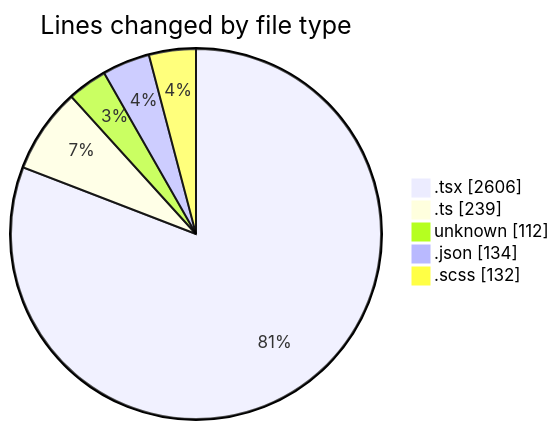
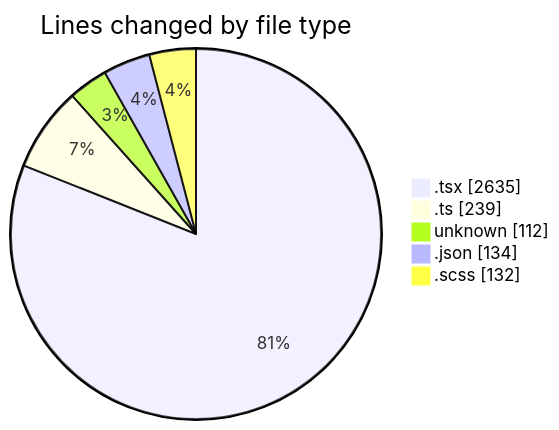
Before and after one commit to momahboobian/code-tracking: the first of 2 diagrams in 2026-04-28/cda/README.md, drawn with Mermaid. The commit also changed other lines of this file and 1 other file, not shown here.

````diff
--- a/2026-04-28/cda/README.md
+++ b/2026-04-28/cda/README.md
@@ -46,9 +46,9 @@
 ```mermaid
 pie showData
 title Lines changed by file type
-".tsx" : 2606
+".tsx" : 2635
 ".ts" : 239
 "unknown" : 112
 ".json" : 134
 ".scss" : 132
 ```
````
